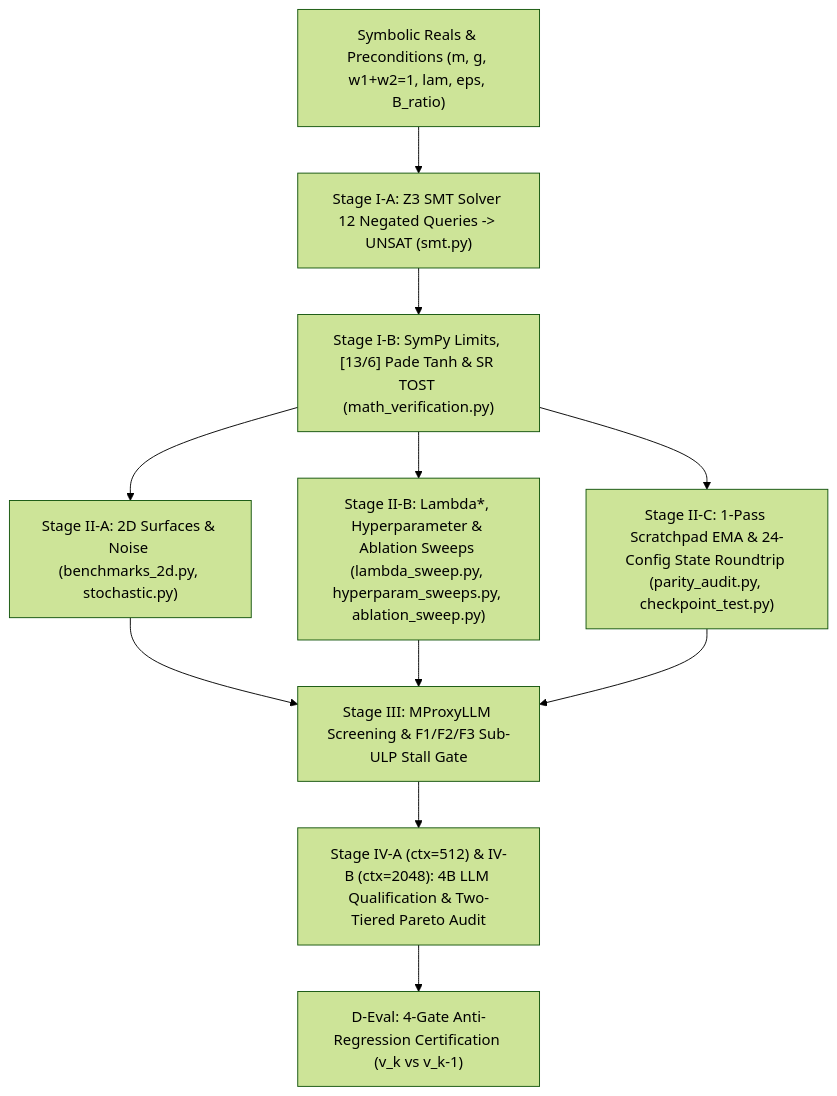
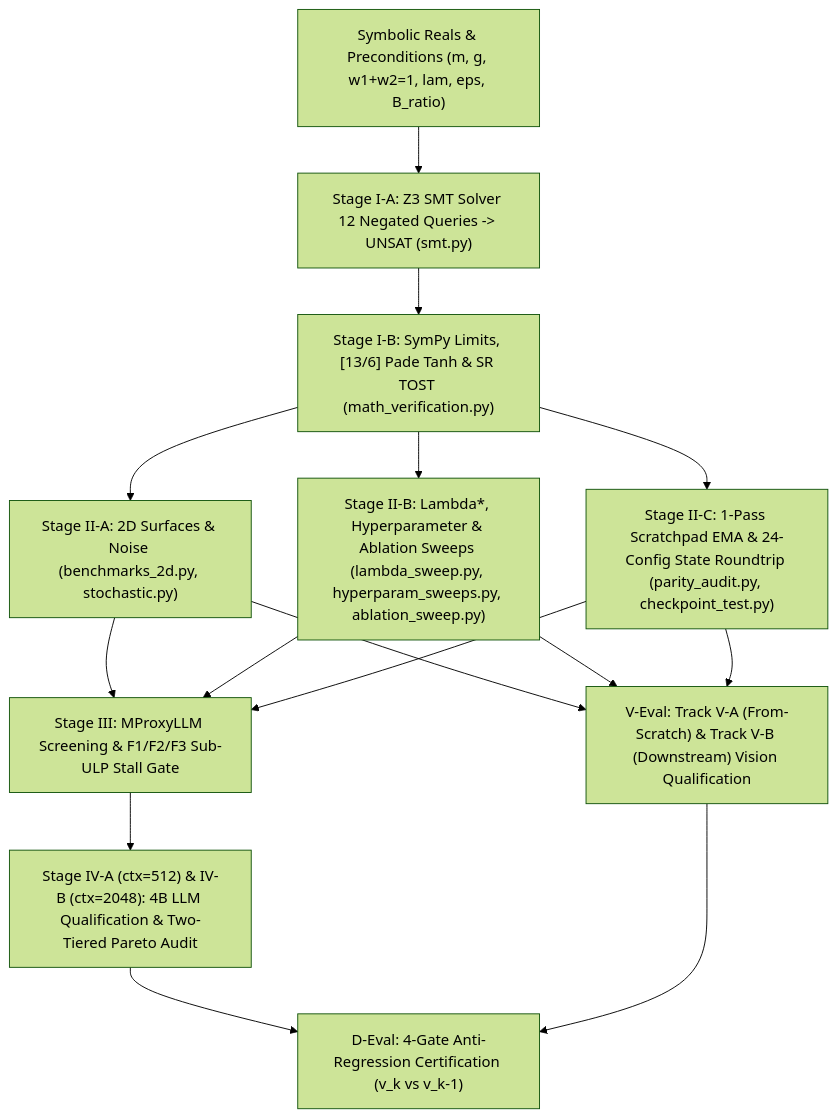
The diagram in eval/README.md (cloverx-id/luminamoon), drawn with Mermaid (forest theme) before and after one commit. The commit also changed other lines of this file and 7 other files, not shown here.

Commit message:
feat(eval): add standalone LSO-Eval Vision (V-Eval) protocol and CI verification

````diff
--- a/eval/README.md
+++ b/eval/README.md
@@ -12,11 +12,12 @@
 ```mermaid
 flowchart TD
     Vars["Symbolic Reals & Preconditions (m, g, w1+w2=1, lam, eps, B_ratio)"] --> Z3["Stage I-A: Z3 SMT Solver 12 Negated Queries -> UNSAT (smt.py)"]
     Z3 --> Math["Stage I-B: SymPy Limits, [13/6] Pade Tanh & SR TOST (math_verification.py)"]
     Math --> Surf["Stage II-A: 2D Surfaces & Noise (benchmarks_2d.py, stochastic.py)"]
     Math --> Sweeps["Stage II-B: Lambda*, Hyperparameter & Ablation Sweeps (lambda_sweep.py, hyperparam_sweeps.py, ablation_sweep.py)"]
     Math --> Parity["Stage II-C: 1-Pass Scratchpad EMA & 24-Config State Roundtrip (parity_audit.py, checkpoint_test.py)"]
     Surf & Sweeps & Parity --> Stage3["Stage III: MProxyLLM Screening & F1/F2/F3 Sub-ULP Stall Gate"]
+    Surf & Sweeps & Parity --> VEval["V-Eval: Track V-A (From-Scratch) & Track V-B (Downstream) Vision Qualification"]
     Stage3 --> Stage4["Stage IV-A (ctx=512) & IV-B (ctx=2048): 4B LLM Qualification & Two-Tiered Pareto Audit"]
-    Stage4 --> DEval["D-Eval: 4-Gate Anti-Regression Certification (v_k vs v_k-1)"]
+    Stage4 & VEval --> DEval["D-Eval: 4-Gate Anti-Regression Certification (v_k vs v_k-1)"]
 ```
````
